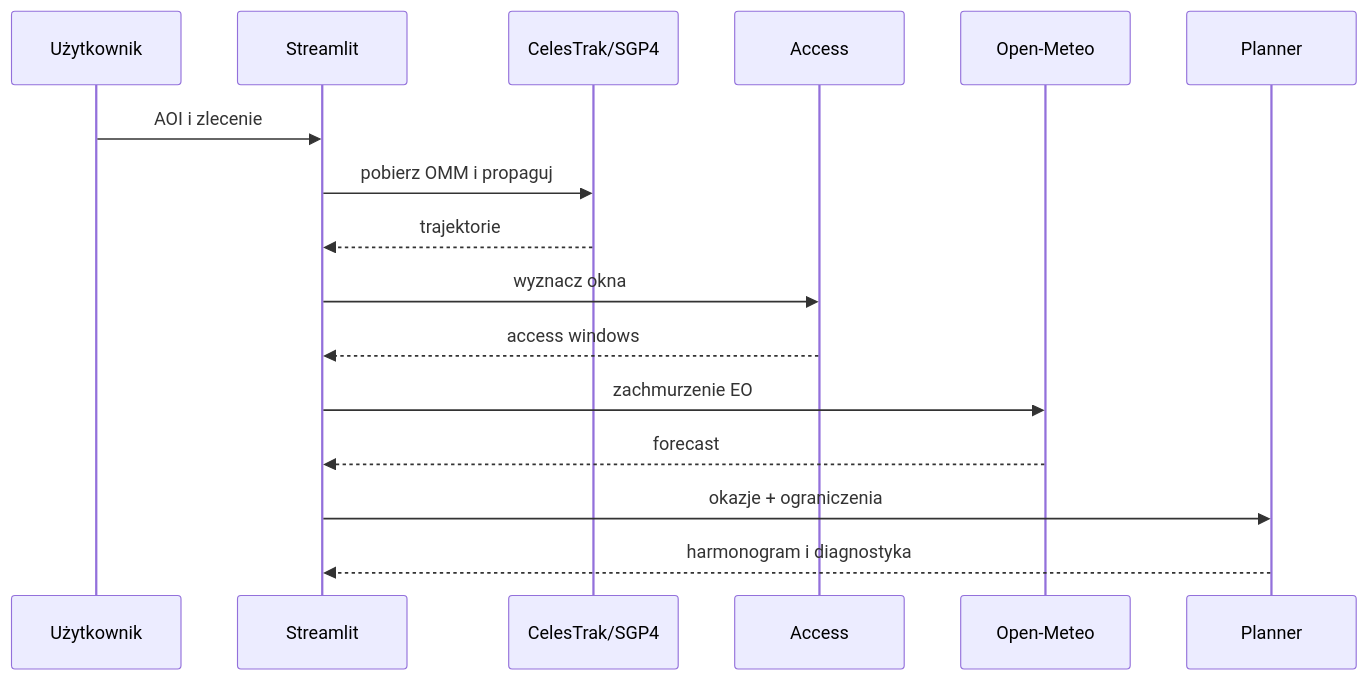
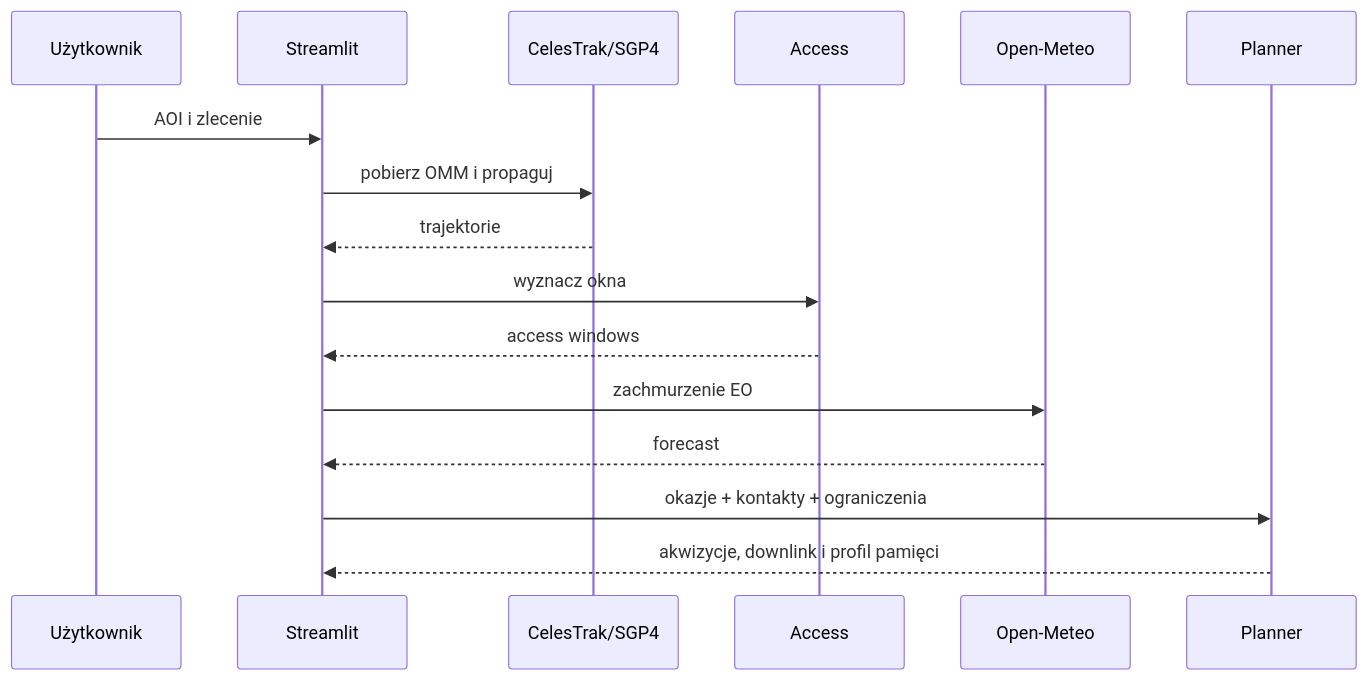
Before and after one commit to matigeoman/satellite-acquisition-planner: the second of 3 diagrams in docs/architecture.md, drawn with Mermaid. The commit also changed other lines of this file and 75 other files, not shown here.

````diff
--- a/docs/architecture.md
+++ b/docs/architecture.md
@@ -31,18 +31,18 @@
 ```mermaid
 sequenceDiagram
     participant U as Użytkownik
     participant UI as Streamlit
     participant O as CelesTrak/SGP4
     participant A as Access
     participant W as Open-Meteo
     participant P as Planner
     U->>UI: AOI i zlecenie
     UI->>O: pobierz OMM i propaguj
     O-->>UI: trajektorie
     UI->>A: wyznacz okna
     A-->>UI: access windows
     UI->>W: zachmurzenie EO
     W-->>UI: forecast
-    UI->>P: okazje + ograniczenia
-    P-->>UI: harmonogram i diagnostyka
+    UI->>P: okazje + kontakty + ograniczenia
+    P-->>UI: akwizycje, downlink i profil pamięci
 ```
````
